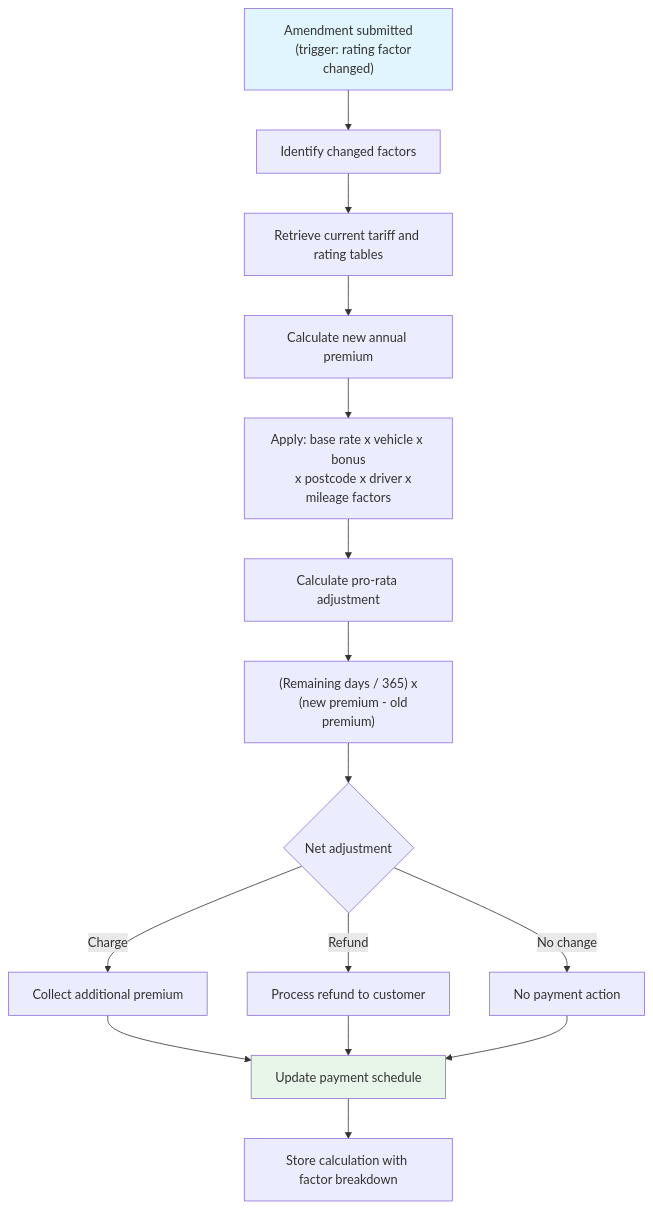
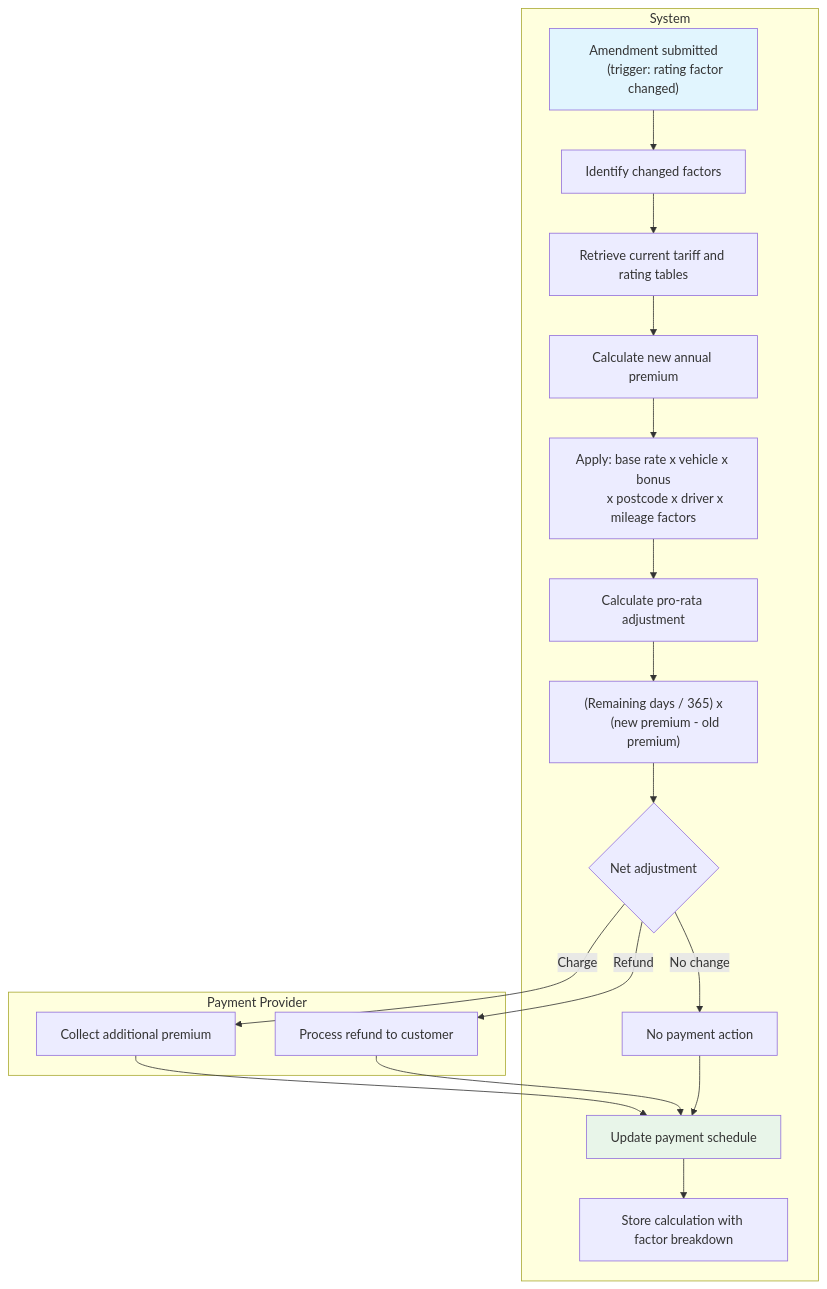
One commit to Agentic-software-factory/insurance-platform-requirements changed the third of 3 diagrams in docs/phase-1-motor/use-cases/policy-administration.md. Above: the diagram before and after it, drawn with Mermaid. The commit also changed other lines of this file and 13 other files, not shown here.

````diff
--- a/docs/phase-1-motor/use-cases/policy-administration.md
+++ b/docs/phase-1-motor/use-cases/policy-administration.md
@@ -830,23 +857,41 @@
 ```mermaid
 flowchart TD
-    A["Amendment submitted
-    (trigger: rating factor changed)"] --> B[Identify changed factors]
-    B --> C[Retrieve current tariff and rating tables]
-    C --> D[Calculate new annual premium]
-    D --> E["Apply: base rate x vehicle x bonus
-    x postcode x driver x mileage factors"]
-    E --> F[Calculate pro-rata adjustment]
-    F --> G["(Remaining days / 365) x
-    (new premium - old premium)"]
-    G --> H{Net adjustment}
-    H -->|Charge| I[Collect additional premium]
-    H -->|Refund| J[Process refund to customer]
-    H -->|No change| K[No payment action]
-    I --> L[Update payment schedule]
+    subgraph System
+        A["Amendment submitted
+        (trigger: rating factor changed)"]
+        B[Identify changed factors]
+        C[Retrieve current tariff and rating tables]
+        D[Calculate new annual premium]
+        E["Apply: base rate x vehicle x bonus
+        x postcode x driver x mileage factors"]
+        F[Calculate pro-rata adjustment]
+        G["(Remaining days / 365) x
+        (new premium - old premium)"]
+        H{Net adjustment}
+        K[No payment action]
+        L[Update payment schedule]
+        M[Store calculation with factor breakdown]
+    end
+    subgraph Payment Provider
+        I[Collect additional premium]
+        J[Process refund to customer]
+    end
+
+    A --> B
+    B --> C
+    C --> D
+    D --> E
+    E --> F
+    F --> G
+    G --> H
+    H -->|Charge| I
+    H -->|Refund| J
+    H -->|No change| K
+    I --> L
     J --> L
     K --> L
-    L --> M[Store calculation with factor breakdown]
+    L --> M
 
     style A fill:#e1f5fe
     style L fill:#e8f5e9
 ```
````
